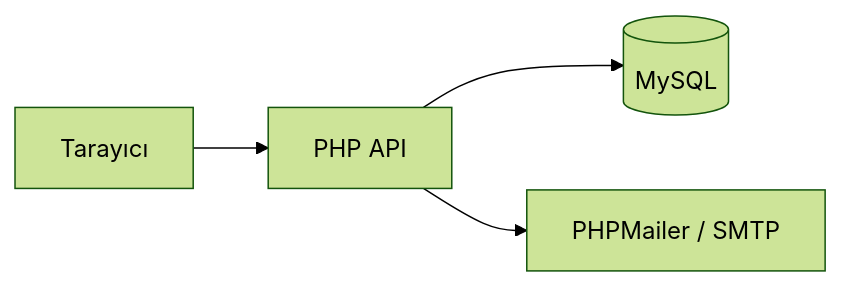
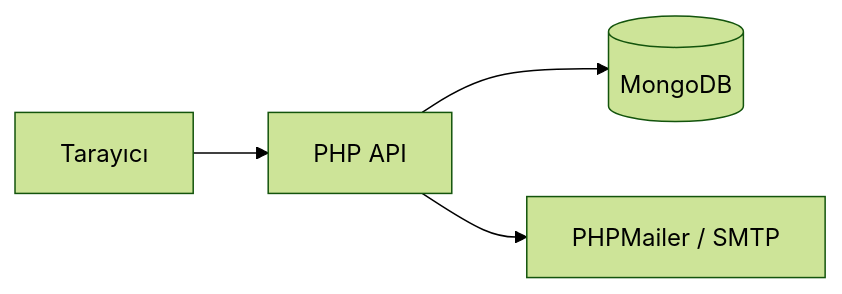
Before and after one commit to CaptainGM/sosyal-kutuphane: the diagram in README.md, drawn with Mermaid (forest theme). The commit also changed other lines of this file and 42 other files, not shown here.

````diff
--- a/README.md
+++ b/README.md
@@ -9,6 +9,6 @@
 ```mermaid
 flowchart LR
     B[Tarayıcı] --> API[PHP API]
-    API --> DB[(MySQL)]
+    API --> DB[(MongoDB)]
     API --> MAIL["PHPMailer / SMTP"]
 ```
````
